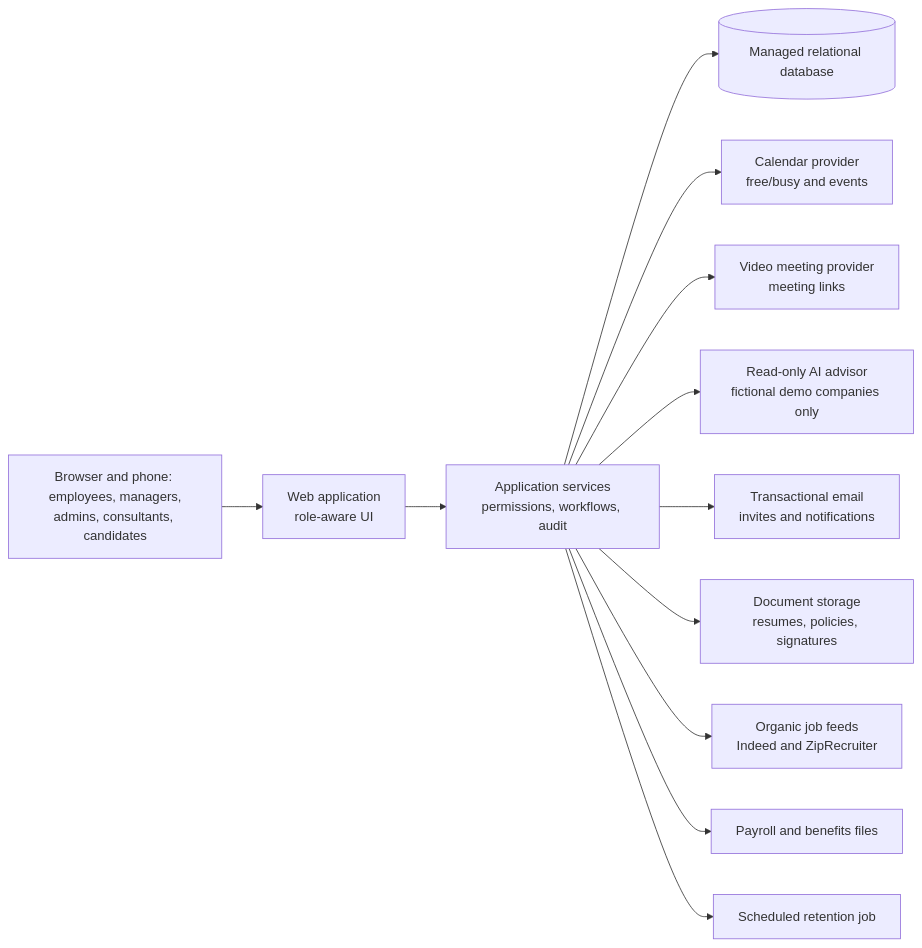
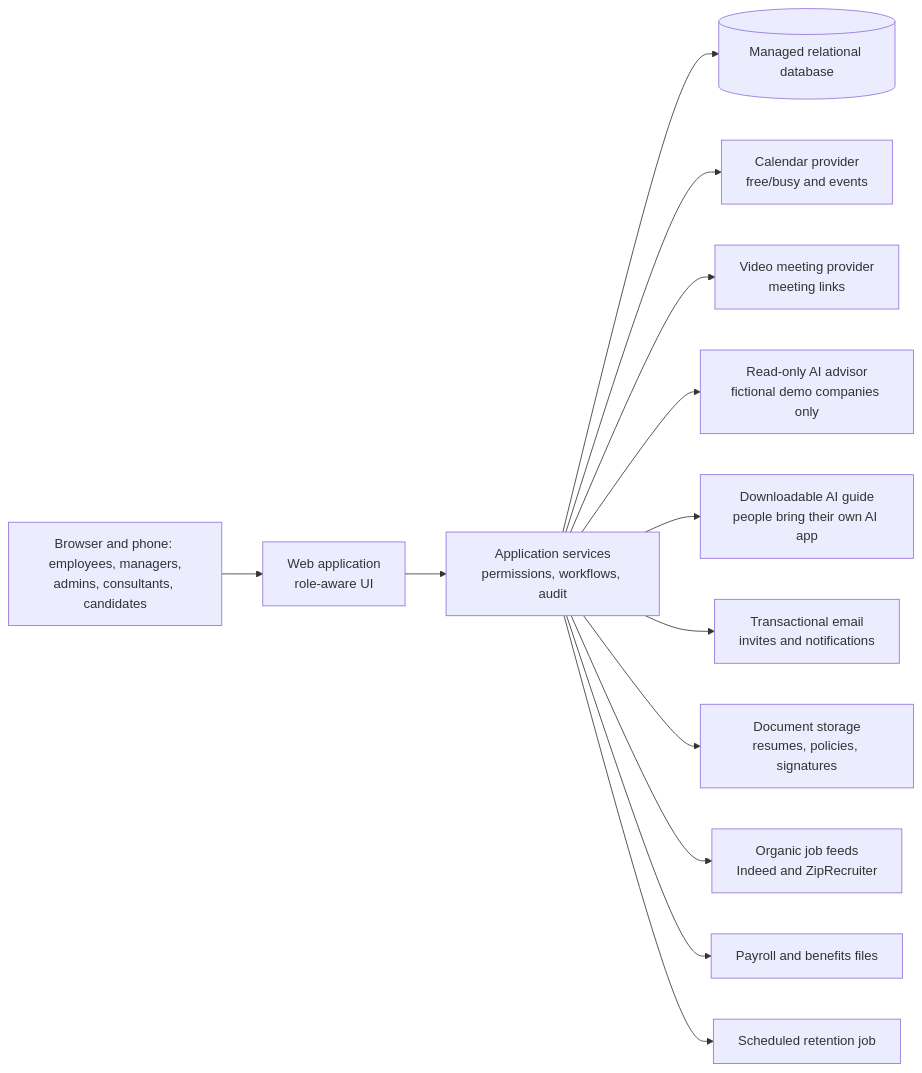
Before and after one commit to staceykay67/scalemaker-hris-showcase: diagram 18 of 18 in README.md, drawn with Mermaid. The commit also changed other lines of this file, not shown here.

````diff
--- a/README.md
+++ b/README.md
@@ -611,14 +680,15 @@
 ```mermaid
 flowchart LR
     U["Browser and phone: employees, managers,<br/>admins, consultants, candidates"] --> W["Web application<br/>role-aware UI"]
     W --> A["Application services<br/>permissions, workflows, audit"]
     A --> D[("Managed relational database")]
     A --> Cal["Calendar provider<br/>free/busy and events"]
     A --> Vid["Video meeting provider<br/>meeting links"]
     A --> Advisor["Read-only AI advisor<br/>fictional demo companies only"]
+    A --> Guide["Downloadable AI guide<br/>people bring their own AI app"]
     A --> M["Transactional email<br/>invites and notifications"]
     A --> Docs["Document storage<br/>resumes, policies, signatures"]
     A --> Jobs["Organic job feeds<br/>Indeed and ZipRecruiter"]
     A --> Export["Payroll and benefits files"]
     A --> Ret["Scheduled retention job"]
 ```
````
